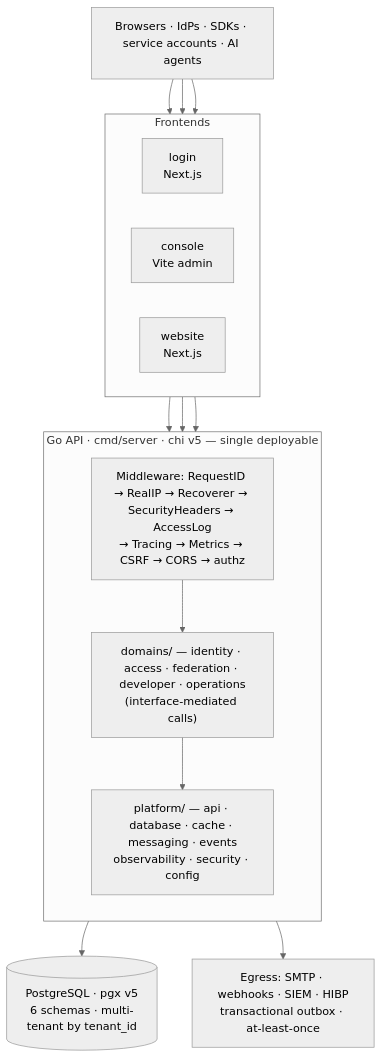
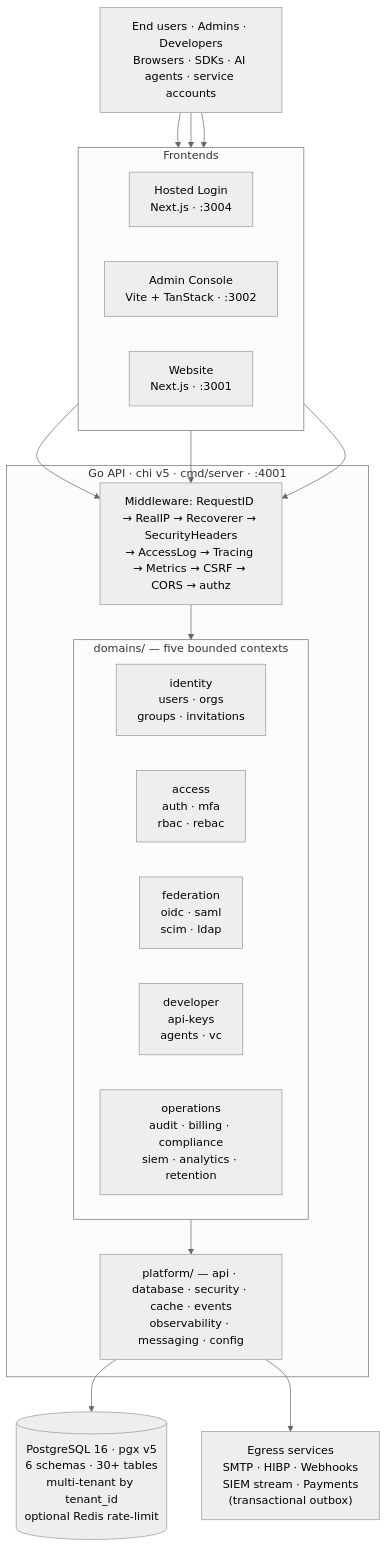
Before and after one commit to qeetgroup/qeet-id-server: the diagram in README.md, drawn with Mermaid (neutral theme). The commit also changed other lines of this file, not shown here.

````diff
--- a/README.md
+++ b/README.md
@@ -41,29 +77,35 @@
 ```mermaid
 flowchart TB
-    ext["Browsers · IdPs · SDKs · service accounts · AI agents"]
+    clients["End users · Admins · Developers<br/>Browsers · SDKs · AI agents · service accounts"]
 
-    subgraph clients["Frontends"]
+    subgraph frontends["Frontends"]
         direction LR
-        login["login<br/>Next.js"]
-        console["console<br/>Vite admin"]
-        website["website<br/>Next.js"]
+        login["Hosted Login<br/>Next.js · :3004"]
+        console["Admin Console<br/>Vite + TanStack · :3002"]
+        website["Website<br/>Next.js · :3001"]
     end
 
-    subgraph backend["Go API · cmd/server · chi v5 — single deployable"]
-        direction TB
-        mw["Middleware: RequestID → RealIP → Recoverer → SecurityHeaders → AccessLog<br/>→ Tracing → Metrics → CSRF → CORS → authz"]
-        domains["domains/ — identity · access · federation · developer · operations<br/>(interface-mediated calls)"]
-        platform["platform/ — api · database · cache · messaging · events<br/>observability · security · config"]
+    subgraph api["Go API · chi v5 · cmd/server · :4001"]
+        mw["Middleware: RequestID → RealIP → Recoverer → SecurityHeaders<br/>→ AccessLog → Tracing → Metrics → CSRF → CORS → authz"]
+        subgraph domains["domains/ — five bounded contexts"]
+            direction LR
+            identity["identity<br/>users · orgs<br/>groups · invitations"]
+            access["access<br/>auth · mfa<br/>rbac · rebac"]
+            federation["federation<br/>oidc · saml<br/>scim · ldap"]
+            developer["developer<br/>api-keys<br/>agents · vc"]
+            operations["operations<br/>audit · billing · compliance<br/>siem · analytics · retention"]
+        end
+        platform["platform/ — api · database · security · cache · events<br/>observability · messaging · config"]
         mw --> domains --> platform
     end
 
-    pg[("PostgreSQL · pgx v5<br/>6 schemas · multi-tenant by tenant_id")]
-    egress["Egress: SMTP · webhooks · SIEM · HIBP<br/>transactional outbox · at-least-once"]
+    pg[("PostgreSQL 16 · pgx v5<br/>6 schemas · 30+ tables<br/>multi-tenant by tenant_id<br/>optional Redis rate-limit")]
+    egress["Egress services<br/>SMTP · HIBP · Webhooks<br/>SIEM stream · Payments<br/>(transactional outbox)"]
 
-    ext --> login & console & website
+    clients --> login & console & website
     login --> mw
     console --> mw
     website --> mw
     platform --> pg
     platform --> egress
 ```
````
